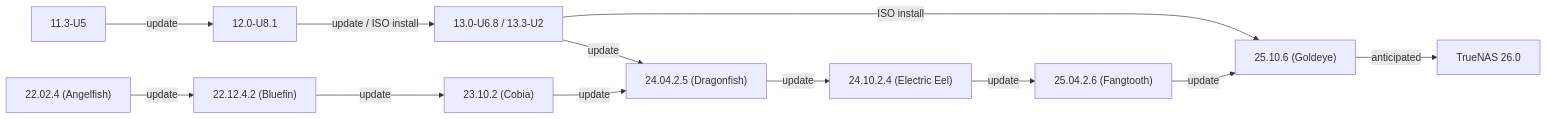
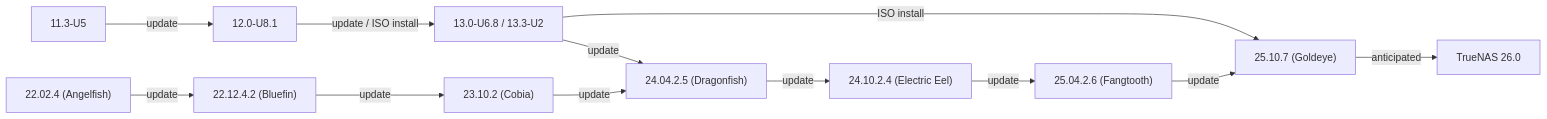
Before and after one commit to truenas/documentation: the first of 2 diagrams in static/includes/SCALEUpgradePaths.md, drawn with Mermaid. The commit also changed other lines of this file and 2 other files, not shown here.

Commit message:
DOCS-2733 / 27 / Docs 2733 25 10 7 follow up (#4758)
* Update SCALEUpgradePaths.md

* Update truenas-downloads.yaml

* Update scale-releases.yaml

---------

```diff
--- a/static/includes/SCALEUpgradePaths.md
+++ b/static/includes/SCALEUpgradePaths.md
@@ -21,15 +21,15 @@
             {{< mermaid class="mermaid_sizing" >}}
             flowchart LR
               A["11.3-U5"] -->|update| B["12.0-U8.1"]
               B -->|"update / ISO install"| C["13.0-U6.8 / 13.3-U2"]
               C -->|update| G
               C -->|ISO install| J
               D["22.02.4 (Angelfish)"] -->|update| E
               E["22.12.4.2 (Bluefin)"] -->|update| F
               F["23.10.2 (Cobia)"] -->|update| G
               G["24.04.2.5 (Dragonfish)"] -->|update| H
               H["24.10.2.4 (Electric Eel)"] -->|update| I
               I["25.04.2.6 (Fangtooth)"] -->|update| J
-              J["25.10.6 (Goldeye)"] -->|"anticipated"| K
+              J["25.10.7 (Goldeye)"] -->|"anticipated"| K
               K["TrueNAS 26.0"]
             {{< /mermaid >}}
```
